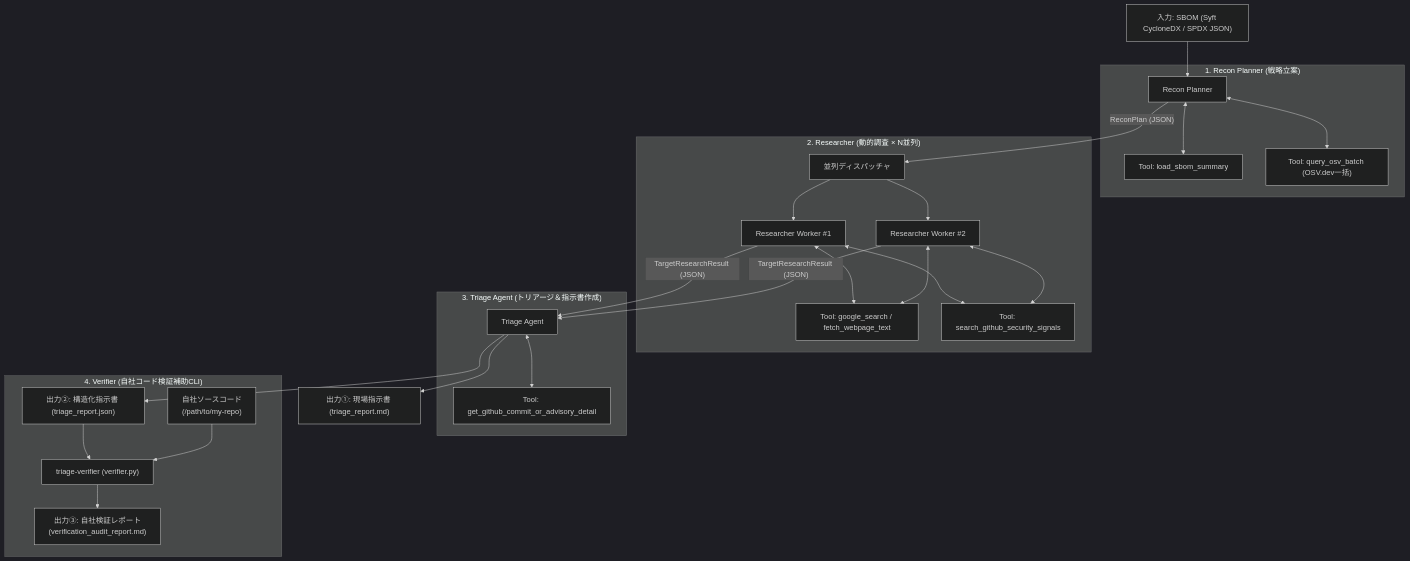
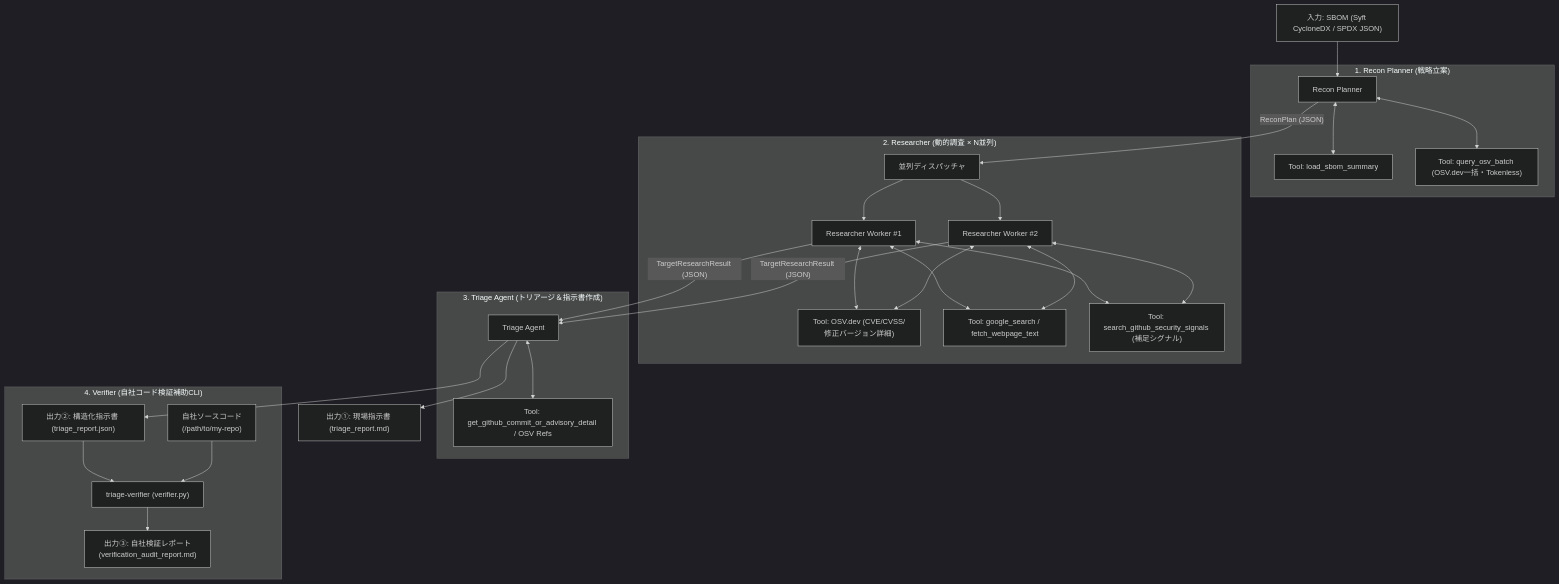
The diagram in README.md (hamatz/triage-agent), drawn with Mermaid (dark theme) before and after one commit. The commit also changed other lines of this file and 9 other files, not shown here.

Commit message:
OSV-Scanner / OSV.dev への完全移行による GitHub Token 撤廃

````diff
--- a/README.md
+++ b/README.md
@@ -11,43 +12,46 @@
 ```mermaid
 flowchart TD
     SBOM["入力: SBOM (Syft CycloneDX / SPDX JSON)"] --> RP
 
     subgraph Phase1["1. Recon Planner (戦略立案)"]
         RP["Recon Planner"]
         T_SBOM["Tool: load_sbom_summary"]
-        T_OSV["Tool: query_osv_batch (OSV.dev一括)"]
+        T_OSV1["Tool: query_osv_batch (OSV.dev一括・Tokenless)"]
         RP <--> T_SBOM
-        RP <--> T_OSV
+        RP <--> T_OSV1
     end
 
     RP -->|"ReconPlan (JSON)"| Dispatcher["並列ディスパッチャ"]
 
     subgraph Phase2["2. Researcher (動的調査 × N並列)"]
         Dispatcher --> R1["Researcher Worker #1"]
         Dispatcher --> R2["Researcher Worker #2"]
+        T_OSV2["Tool: OSV.dev (CVE/CVSS/修正バージョン詳細)"]
         T_WEB["Tool: google_search / fetch_webpage_text"]
-        T_GH["Tool: search_github_security_signals"]
+        T_GH["Tool: search_github_security_signals (補足シグナル)"]
+        R1 <--> T_OSV2
         R1 <--> T_WEB
         R1 <--> T_GH
+        R2 <--> T_OSV2
         R2 <--> T_WEB
         R2 <--> T_GH
     end
 
     R1 -->|"TargetResearchResult (JSON)"| TR
     R2 -->|"TargetResearchResult (JSON)"| TR
 
     subgraph Phase3["3. Triage Agent (トリアージ＆指示書作成)"]
         TR["Triage Agent"]
-        T_DIFF["Tool: get_github_commit_or_advisory_detail"]
+        T_DIFF["Tool: get_github_commit_or_advisory_detail / OSV Refs"]
         TR <--> T_DIFF
     end
 
     TR --> OutMD["出力①: 現場指示書 (triage_report.md)"]
     TR --> OutJSON["出力②: 構造化指示書 (triage_report.json)"]
 
     subgraph Phase4["4. Verifier (自社コード検証補助CLI)"]
         OutJSON --> VER["triage-verifier (verifier.py)"]
         SRC["自社ソースコード\n(/path/to/my-repo)"] --> VER
         VER --> AuditReport["出力③: 自社検証レポート\n(verification_audit_report.md)"]
     end
 ```
````
